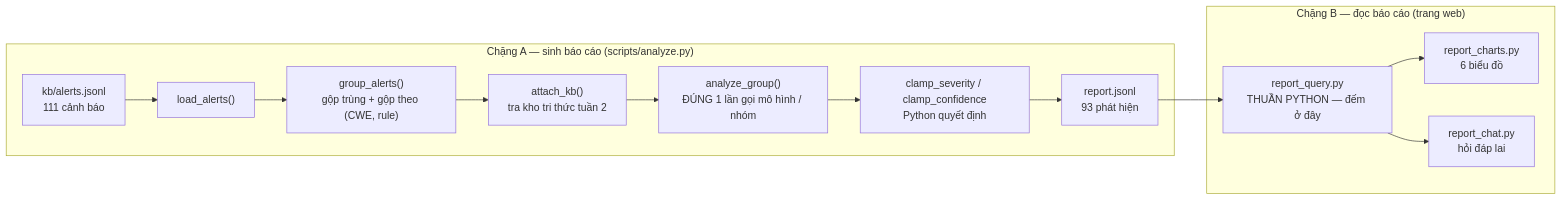
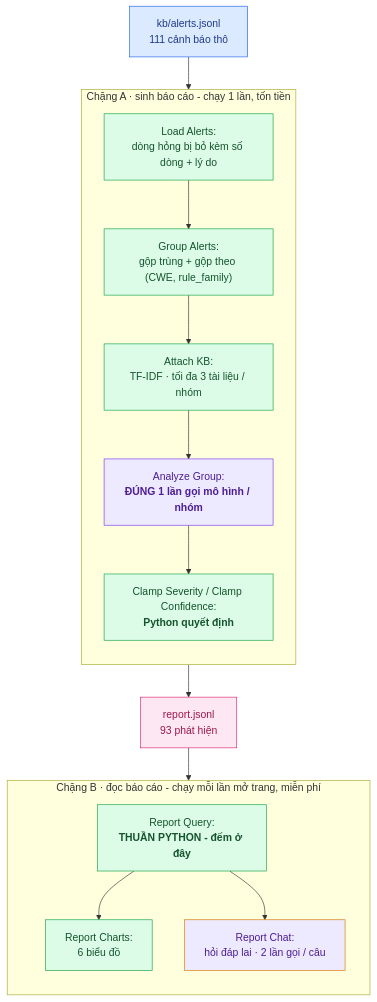
Before and after one commit to anhtrinh2905/scan_benchmarkjava: the first of 2 diagrams in reports/2026-08-07_TrinhThiLanAnh_Week3.md, drawn with Mermaid. The commit also changed other lines of this file, not shown here.

Commit message:
chore(report): update week 3 report shorter

````diff
--- a/reports/2026-08-07_TrinhThiLanAnh_Week3.md
+++ b/reports/2026-08-07_TrinhThiLanAnh_Week3.md
@@ -24,16 +18,41 @@
 ```mermaid
-flowchart LR
-  subgraph A["Chặng A — sinh báo cáo (scripts/analyze.py)"]
-    AL["kb/alerts.jsonl<br/>111 cảnh báo"] --> LO["load_alerts()"]
-    LO --> GR["group_alerts()<br/>gộp trùng + gộp theo (CWE, rule)"]
-    GR --> KB["attach_kb()<br/>tra kho tri thức tuần 2"]
-    KB --> AN["analyze_group()<br/>ĐÚNG 1 lần gọi mô hình / nhóm"]
-    AN --> CL["clamp_severity / clamp_confidence<br/>Python quyết định"]
-    CL --> RJ["report.jsonl<br/>93 phát hiện"]
+flowchart TB
+  AL["kb/alerts.jsonl<br/>111 cảnh báo thô"]
+
+  subgraph A["Chặng A · sinh báo cáo - chạy 1 lần, tốn tiền"]
+    direction TB
+    LO["Load Alerts:<br/>dòng hỏng bị bỏ kèm số dòng + lý do"]
+    GR["Group Alerts:<br/>gộp trùng + gộp theo (CWE, rule_family)"]
+    KB["Attach KB:<br/>TF-IDF · tối đa 3 tài liệu / nhóm"]
+    AN["Analyze Group:<br/><b>ĐÚNG 1 lần gọi mô hình / nhóm</b>"]
+    CL["Clamp Severity / Clamp Confidence:<br/><b>Python quyết định</b>"]
+    LO --> GR --> KB --> AN --> CL
   end
-  subgraph B["Chặng B — đọc báo cáo (trang web)"]
-    RJ --> RQ["report_query.py<br/>THUẦN PYTHON — đếm ở đây"]
-    RQ --> CH["report_charts.py<br/>6 biểu đồ"]
-    RQ --> CT["report_chat.py<br/>hỏi đáp lai"]
+
+  RJ["report.jsonl<br/>93 phát hiện"]
+
+  subgraph B["Chặng B · đọc báo cáo - chạy mỗi lần mở trang, miễn phí"]
+    direction TB
+    RQ["Report Query:<br/><b>THUẦN PYTHON - đếm ở đây</b>"]
+    CH["Report Charts:<br/>6 biểu đồ"]
+    CT["Report Chat:<br/>hỏi đáp lai · 2 lần gọi / câu"]
+    RQ --> CH
+    RQ --> CT
   end
+
+  AL --> LO
+  CL --> RJ
+  RJ --> RQ
+
+  classDef data fill:#dbeafe,stroke:#2563eb,color:#1e3a8a
+  classDef py fill:#dcfce7,stroke:#16a34a,color:#14532d
+  classDef llm fill:#ede9fe,stroke:#7c3aed,color:#4c1d95
+  classDef mixed fill:#ede9fe,stroke:#d97706,color:#4c1d95
+  classDef out fill:#fce7f3,stroke:#db2777,color:#9d174d
+
+  class AL data
+  class LO,GR,KB,CL,RQ,CH py
+  class AN llm
+  class CT mixed
+  class RJ out
 ```
````
